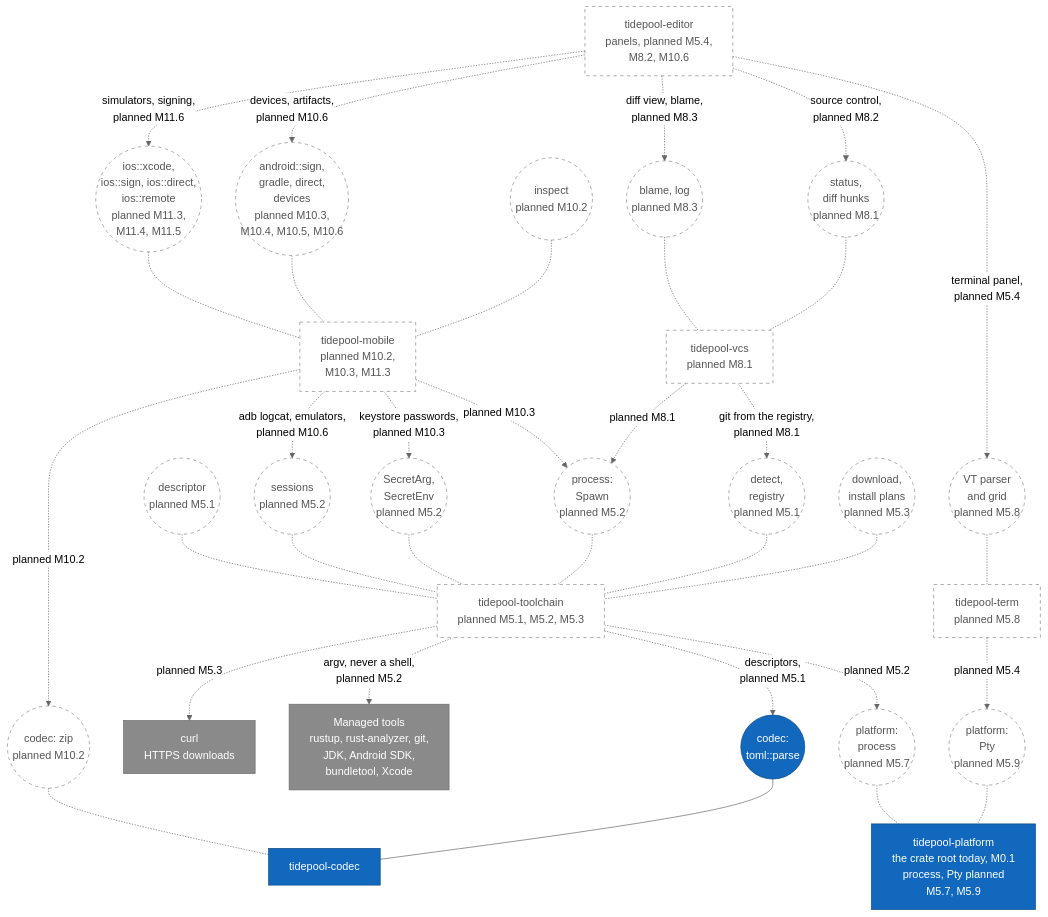
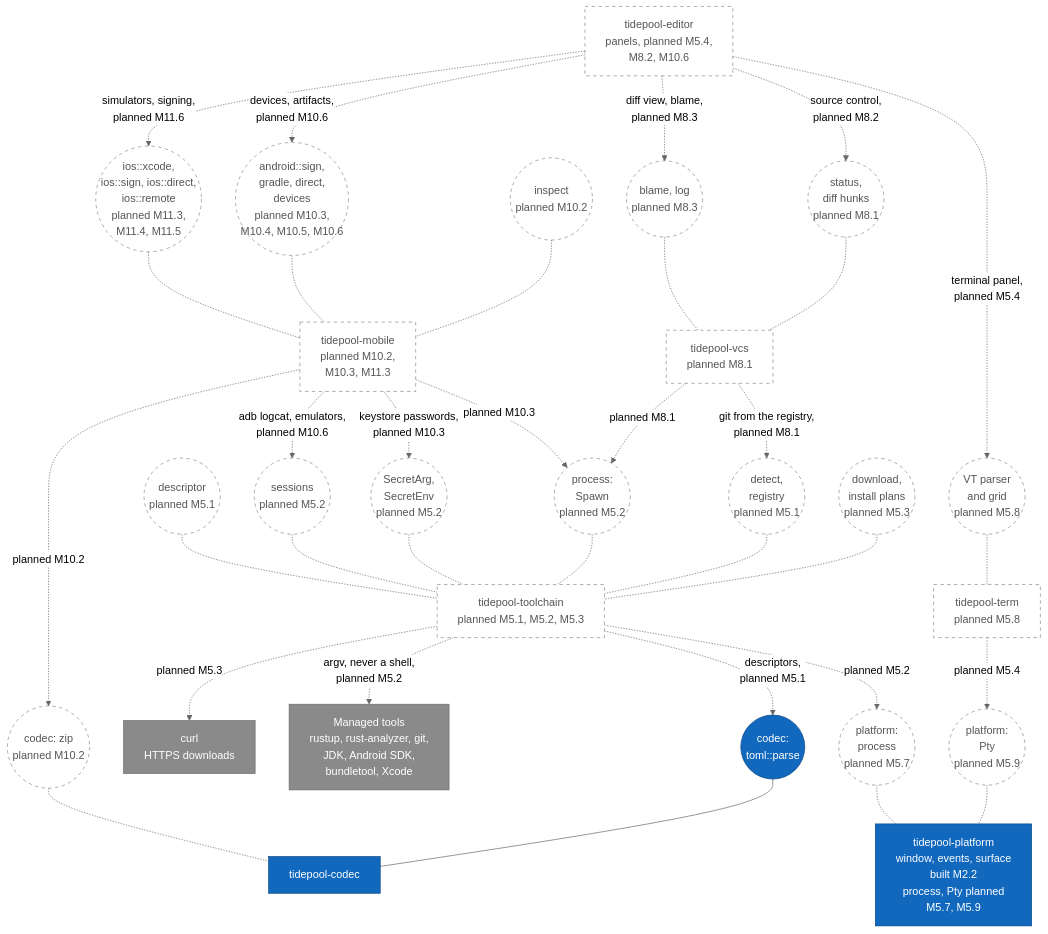
One commit to jabbott-iii/Tidepool changed diagram 11 of 21 in diagrams/component-diagrams.md. Above: the diagram before and after it, drawn with Mermaid (neutral theme). The commit also changed other lines of this file and 45 other files, not shown here.

````diff
--- a/diagrams/component-diagrams.md
+++ b/diagrams/component-diagrams.md
@@ -569,79 +573,79 @@
 ```mermaid
 flowchart TB
     c_editor["tidepool-editor<br/>panels, planned M5.4,<br/>M8.2, M10.6"]
 
     i_grid(("VT parser<br/>and grid<br/>planned M5.8"))
     c_term["tidepool-term<br/>planned M5.8"]
     i_status(("status,<br/>diff hunks<br/>planned M8.1"))
     i_blame(("blame, log<br/>planned M8.3"))
     c_vcs["tidepool-vcs<br/>planned M8.1"]
     i_inspect(("inspect<br/>planned M10.2"))
     i_android(("android::sign,<br/>gradle, direct,<br/>devices<br/>planned M10.3,<br/>M10.4, M10.5, M10.6"))
     i_ios(("ios::xcode,<br/>ios::sign, ios::direct,<br/>ios::remote<br/>planned M11.3,<br/>M11.4, M11.5"))
     c_mobile["tidepool-mobile<br/>planned M10.2,<br/>M10.3, M11.3"]
 
     i_desc(("descriptor<br/>planned M5.1"))
     i_registry(("detect,<br/>registry<br/>planned M5.1"))
     i_spawn(("process:<br/>Spawn<br/>planned M5.2"))
     i_sessions(("sessions<br/>planned M5.2"))
     i_secret(("SecretArg,<br/>SecretEnv<br/>planned M5.2"))
     i_install(("download,<br/>install plans<br/>planned M5.3"))
     c_toolchain["tidepool-toolchain<br/>planned M5.1, M5.2, M5.3"]
 
     i_process(("platform:<br/>process<br/>planned M5.7"))
     i_pty(("platform:<br/>Pty<br/>planned M5.9"))
-    c_platform["tidepool-platform<br/>the crate root today, M0.1<br/>process, Pty planned<br/>M5.7, M5.9"]
+    c_platform["tidepool-platform<br/>window, events, surface<br/>built M2.2<br/>process, Pty planned<br/>M5.7, M5.9"]
     i_tparse(("codec:<br/>toml::parse"))
     i_zip(("codec: zip<br/>planned M10.2"))
     c_codec["tidepool-codec"]
 
     e_tools["Managed tools<br/>rustup, rust-analyzer, git,<br/>JDK, Android SDK,<br/>bundletool, Xcode"]
     e_curl["curl<br/>HTTPS downloads"]
 
     c_editor -.->|"terminal panel,<br/>planned M5.4"| i_grid
     c_editor -.->|"source control,<br/>planned M8.2"| i_status
     c_editor -.->|"diff view, blame,<br/>planned M8.3"| i_blame
     c_editor -.->|"devices, artifacts,<br/>planned M10.6"| i_android
     c_editor -.->|"simulators, signing,<br/>planned M11.6"| i_ios
 
     i_grid -.- c_term
     i_status -.- c_vcs
     i_blame -.- c_vcs
     i_inspect -.- c_mobile
     i_android -.- c_mobile
     i_ios -.- c_mobile
 
     c_term -.->|"planned M5.4"| i_pty
     c_vcs -.->|"git from the registry,<br/>planned M8.1"| i_registry
     c_vcs -.->|"planned M8.1"| i_spawn
     c_mobile -.->|"planned M10.3"| i_spawn
     c_mobile -.->|"keystore passwords,<br/>planned M10.3"| i_secret
     c_mobile -.->|"adb logcat, emulators,<br/>planned M10.6"| i_sessions
     c_mobile -.->|"planned M10.2"| i_zip
 
     i_desc -.- c_toolchain
     i_registry -.- c_toolchain
     i_spawn -.- c_toolchain
     i_sessions -.- c_toolchain
     i_secret -.- c_toolchain
     i_install -.- c_toolchain
 
     c_toolchain -.->|"planned M5.2"| i_process
     c_toolchain -.->|"descriptors,<br/>planned M5.1"| i_tparse
     c_toolchain -.->|"argv, never a shell,<br/>planned M5.2"| e_tools
     c_toolchain -.->|"planned M5.3"| e_curl
 
     i_process -.- c_platform
     i_pty -.- c_platform
     i_tparse --- c_codec
     i_zip -.- c_codec
 
     classDef built fill:#1168bd,stroke:#0b4884,color:#ffffff
     classDef external fill:#8a8a8a,stroke:#6b6b6b,color:#ffffff
     classDef planned fill:#ffffff,stroke:#888888,stroke-dasharray: 5 5,color:#555555
     class c_codec,c_platform,i_tparse built
     class c_editor,c_term,c_vcs,c_mobile,c_toolchain planned
     class i_grid,i_status,i_blame,i_inspect,i_android,i_ios planned
     class i_desc,i_registry,i_spawn,i_sessions,i_secret,i_install,i_process,i_pty,i_zip planned
     class e_tools,e_curl external
 ```
````
